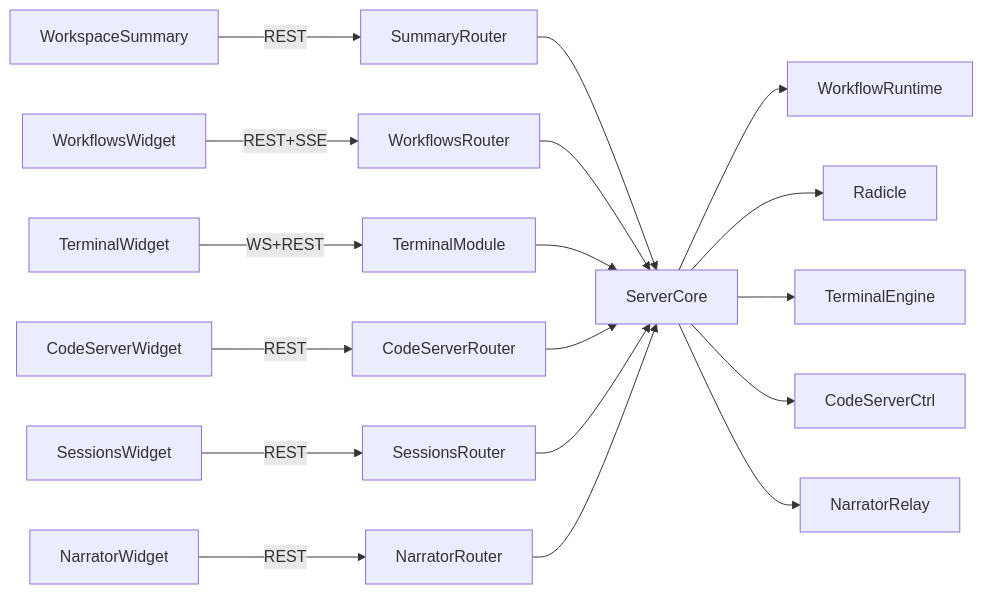
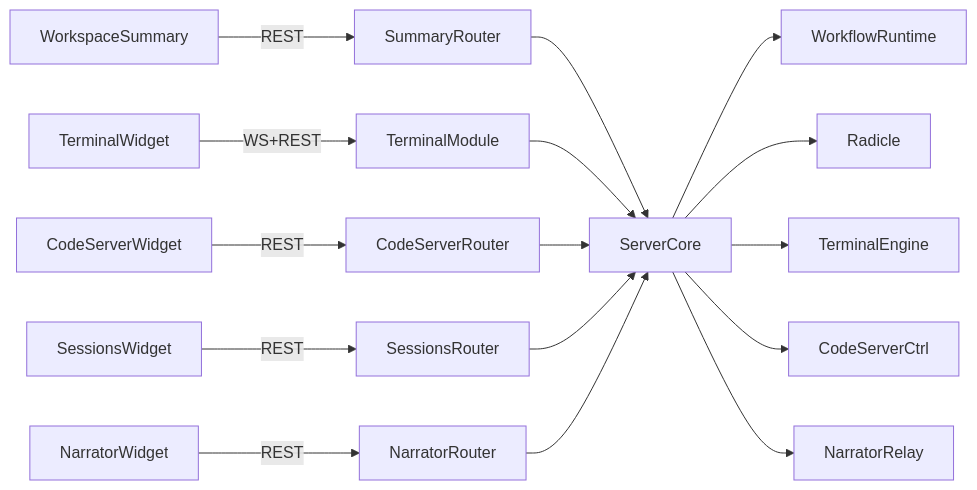
The third of 3 diagrams in architecture.md (HexaField/hyperagent), drawn with Mermaid before and after one commit. The commit also changed other lines of this file and 2 other files, not shown here.

Commit message:
clean up remaining references to old workflows

````diff
--- a/architecture.md
+++ b/architecture.md
@@ -67,11 +66,10 @@
 ```mermaid
 flowchart LR
   WorkspaceSummary -->|REST| SummaryRouter
-  WorkflowsWidget -->|REST+SSE| WorkflowsRouter
   TerminalWidget -->|WS+REST| TerminalModule
   CodeServerWidget -->|REST| CodeServerRouter
   SessionsWidget -->|REST| SessionsRouter
   NarratorWidget -->|REST| NarratorRouter
-  SummaryRouter & WorkflowsRouter & TerminalModule & CodeServerRouter & SessionsRouter & NarratorRouter --> ServerCore
+  SummaryRouter & TerminalModule & CodeServerRouter & SessionsRouter & NarratorRouter --> ServerCore
   ServerCore --> WorkflowRuntime & Radicle & TerminalEngine & CodeServerCtrl & NarratorRelay
 ```
````
